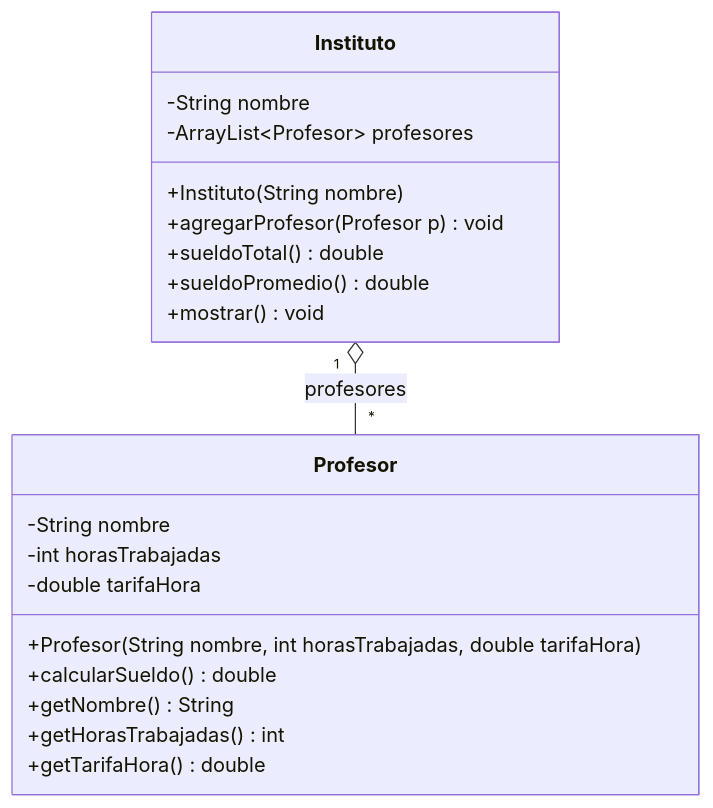
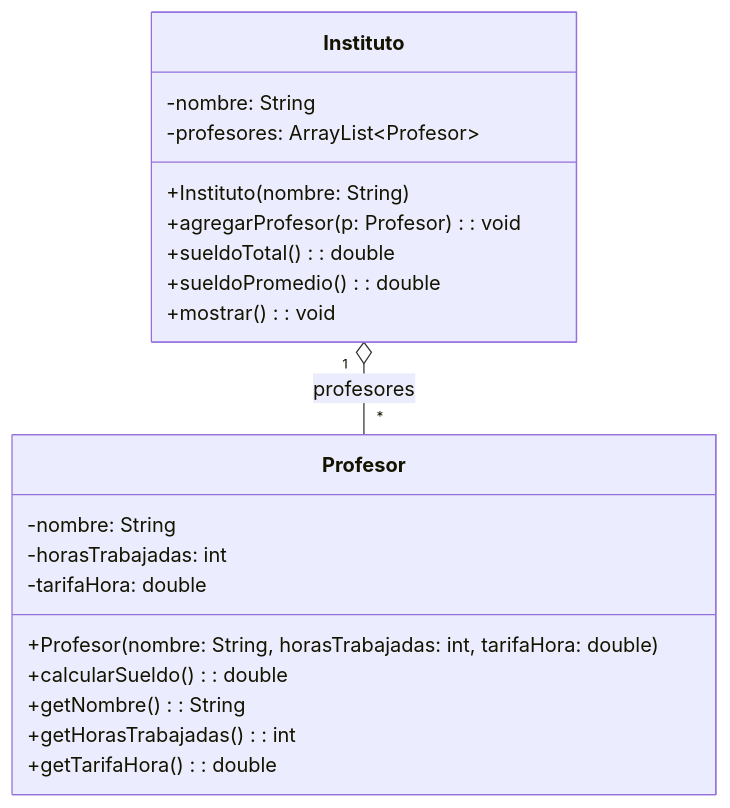
The eighth of 11 diagrams in README.md (CursosProgramacionEP/USIL_SEMANA10), drawn with Mermaid before and after one commit. The commit also changed other lines of this file and 1 other file, not shown here.

First line of the commit message:
Diagramas UML en notacion estandar (nombre: Tipo) en README y PRACTICAS_CLASE

````diff
--- a/README.md
+++ b/README.md
@@ -290,23 +290,23 @@
 ```mermaid
 classDiagram
     class Instituto {
-        -String nombre
-        -ArrayList~Profesor~ profesores
-        +Instituto(String nombre)
-        +agregarProfesor(Profesor p) void
-        +sueldoTotal() double
-        +sueldoPromedio() double
-        +mostrar() void
+        -nombre: String
+        -profesores: ArrayList~Profesor~
+        +Instituto(nombre: String)
+        +agregarProfesor(p: Profesor) : void
+        +sueldoTotal() : double
+        +sueldoPromedio() : double
+        +mostrar() : void
     }
     class Profesor {
-        -String nombre
-        -int horasTrabajadas
-        -double tarifaHora
-        +Profesor(String nombre, int horasTrabajadas, double tarifaHora)
-        +calcularSueldo() double
-        +getNombre() String
-        +getHorasTrabajadas() int
-        +getTarifaHora() double
+        -nombre: String
+        -horasTrabajadas: int
+        -tarifaHora: double
+        +Profesor(nombre: String, horasTrabajadas: int, tarifaHora: double)
+        +calcularSueldo() : double
+        +getNombre() : String
+        +getHorasTrabajadas() : int
+        +getTarifaHora() : double
     }
     Instituto "1" o-- "*" Profesor : profesores
 ```
````
